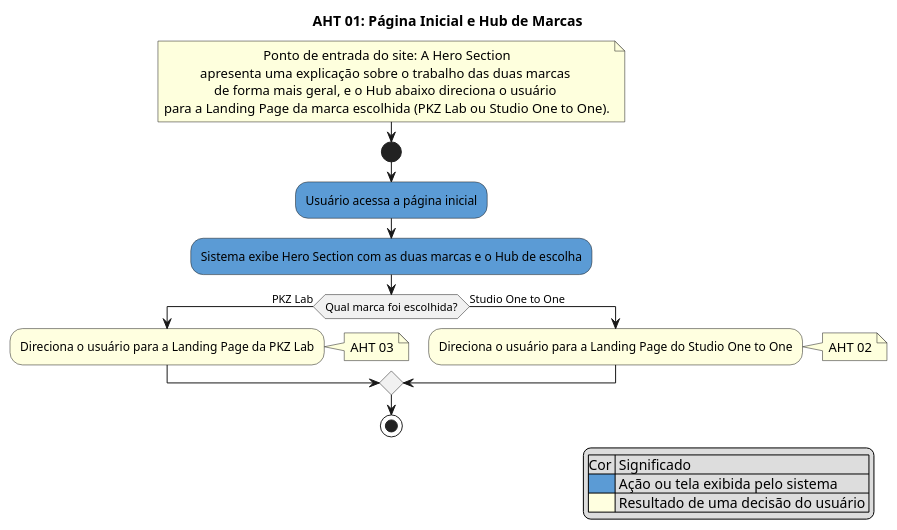
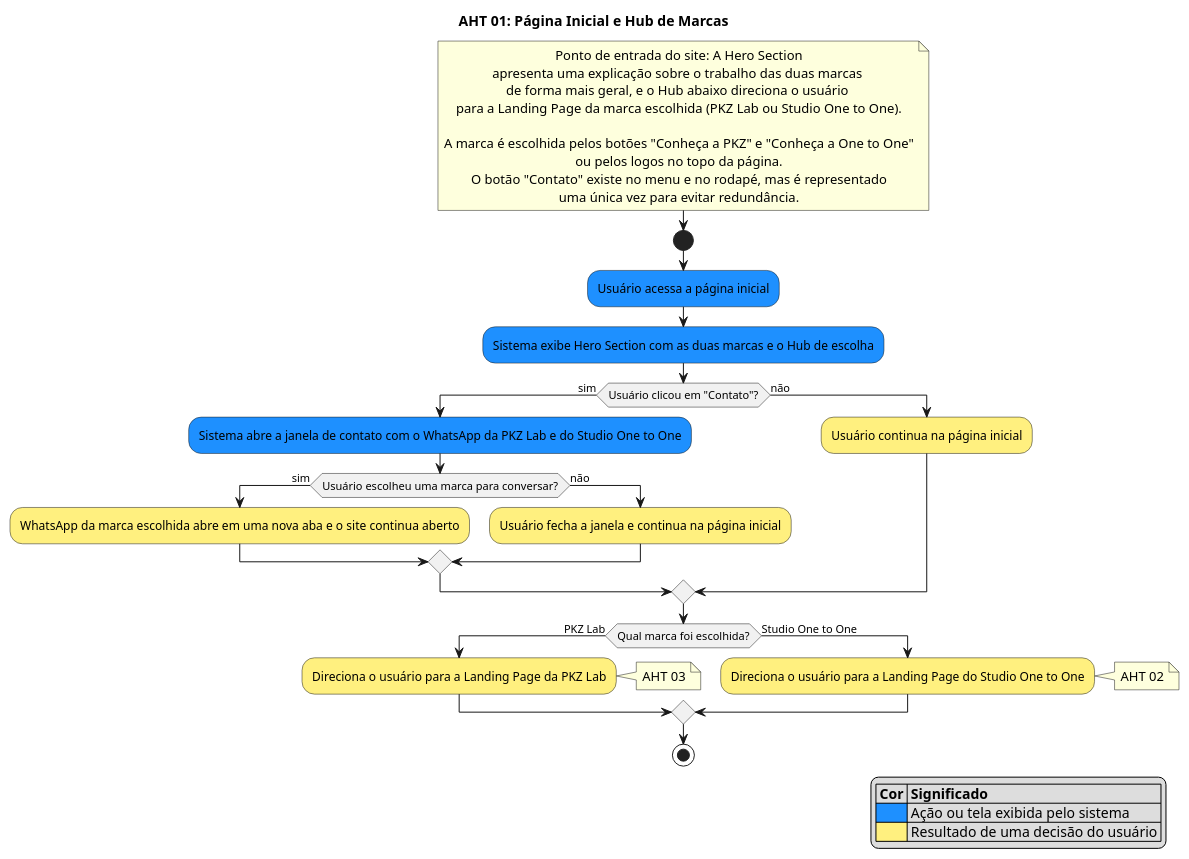
Before and after one commit to tav-ibmec/PFE-2026-2-Grupo-1-vanila: the diagram in Documentos/AHTs/AHT01-pagina-inicial-hub.puml, drawn with PlantUML. The commit also changed 2 other files, not shown here.

```diff
--- a/Documentos/AHTs/AHT01-pagina-inicial-hub.puml
+++ b/Documentos/AHTs/AHT01-pagina-inicial-hub.puml
@@ -1,33 +1,49 @@
 @startuml AHT01-pagina-inicial-hub
 
 skinparam DefaultTextAlignment center
 title AHT 01: Página Inicial e Hub de Marcas
 
 note right
   Ponto de entrada do site: A Hero Section
   apresenta uma explicação sobre o trabalho das duas marcas 
   de forma mais geral, e o Hub abaixo direciona o usuário 
   para a Landing Page da marca escolhida (PKZ Lab ou Studio One to One).
+
+  A marca é escolhida pelos botões "Conheça a PKZ" e "Conheça a One to One"
+  ou pelos logos no topo da página.
+  O botão "Contato" existe no menu e no rodapé, mas é representado
+  uma única vez para evitar redundância.
 end note
 
 start
 
-#5B9BD5:Usuário acessa a página inicial;
-#5B9BD5:Sistema exibe Hero Section com as duas marcas e o Hub de escolha;
+#1E90FF:Usuário acessa a página inicial;
+#1E90FF:Sistema exibe Hero Section com as duas marcas e o Hub de escolha;
+
+if (Usuário clicou em "Contato"?) then (sim)
+  #1E90FF:Sistema abre a janela de contato com o WhatsApp da PKZ Lab e do Studio One to One;
+  if (Usuário escolheu uma marca para conversar?) then (sim)
+    #FFF07F:WhatsApp da marca escolhida abre em uma nova aba e o site continua aberto;
+  else (não)
+    #FFF07F:Usuário fecha a janela e continua na página inicial;
+  endif
+else (não)
+  #FFF07F:Usuário continua na página inicial;
+endif
 
 if (Qual marca foi escolhida?) then (PKZ Lab)
-  #lightyellow:Direciona o usuário para a Landing Page da PKZ Lab;
+  #FFF07F:Direciona o usuário para a Landing Page da PKZ Lab;
   note right: AHT 03
 else (Studio One to One)
-  #lightyellow:Direciona o usuário para a Landing Page do Studio One to One;
+  #FFF07F:Direciona o usuário para a Landing Page do Studio One to One;
   note right: AHT 02
 endif
 
 legend right
-  |Cor | Significado|
-  |<#5B9BD5>| Ação ou tela exibida pelo sistema |
-  |<#lightyellow>| Resultado de uma decisão do usuário |
+  |= Cor |= Significado |
+  |<#1E90FF>| Ação ou tela exibida pelo sistema |
+  |<#FFF07F>| Resultado de uma decisão do usuário |
 endlegend
 
 stop
 @enduml
```
